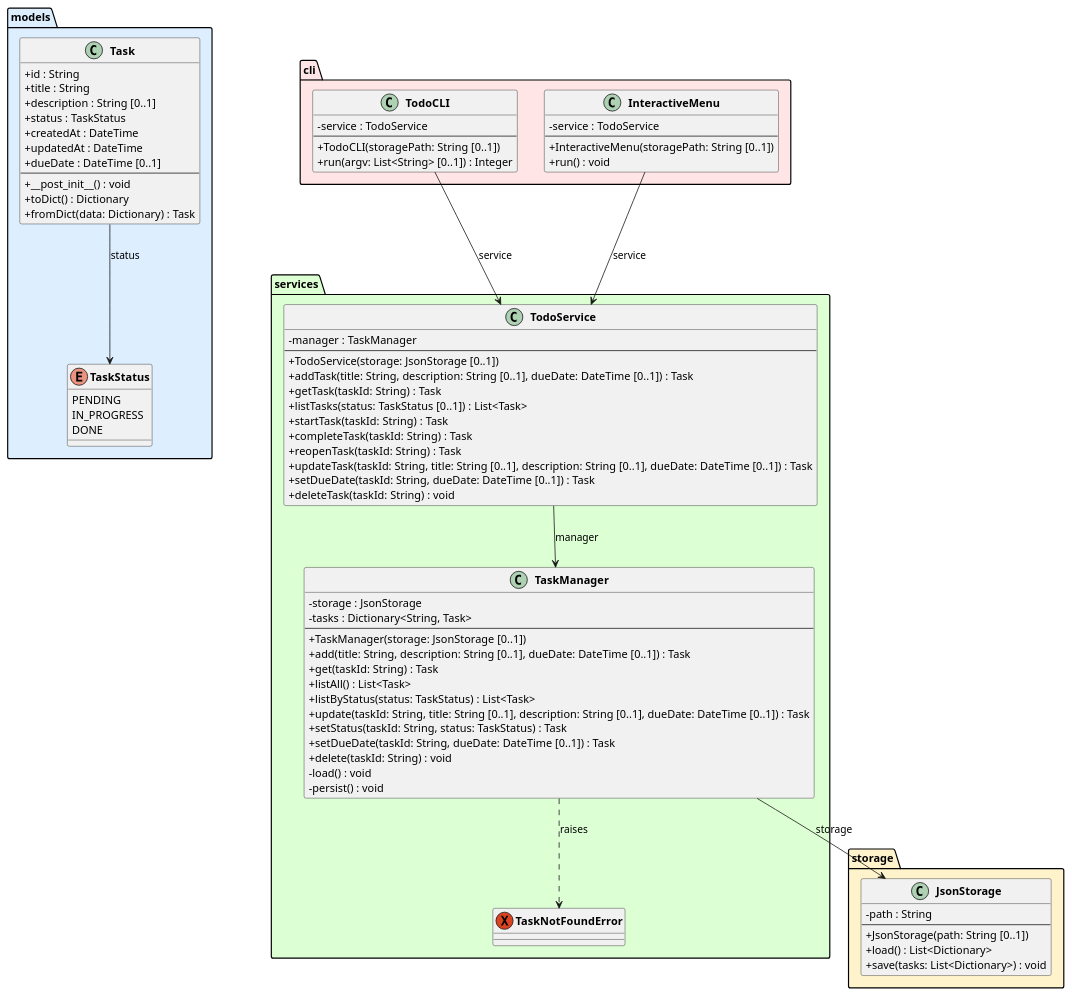
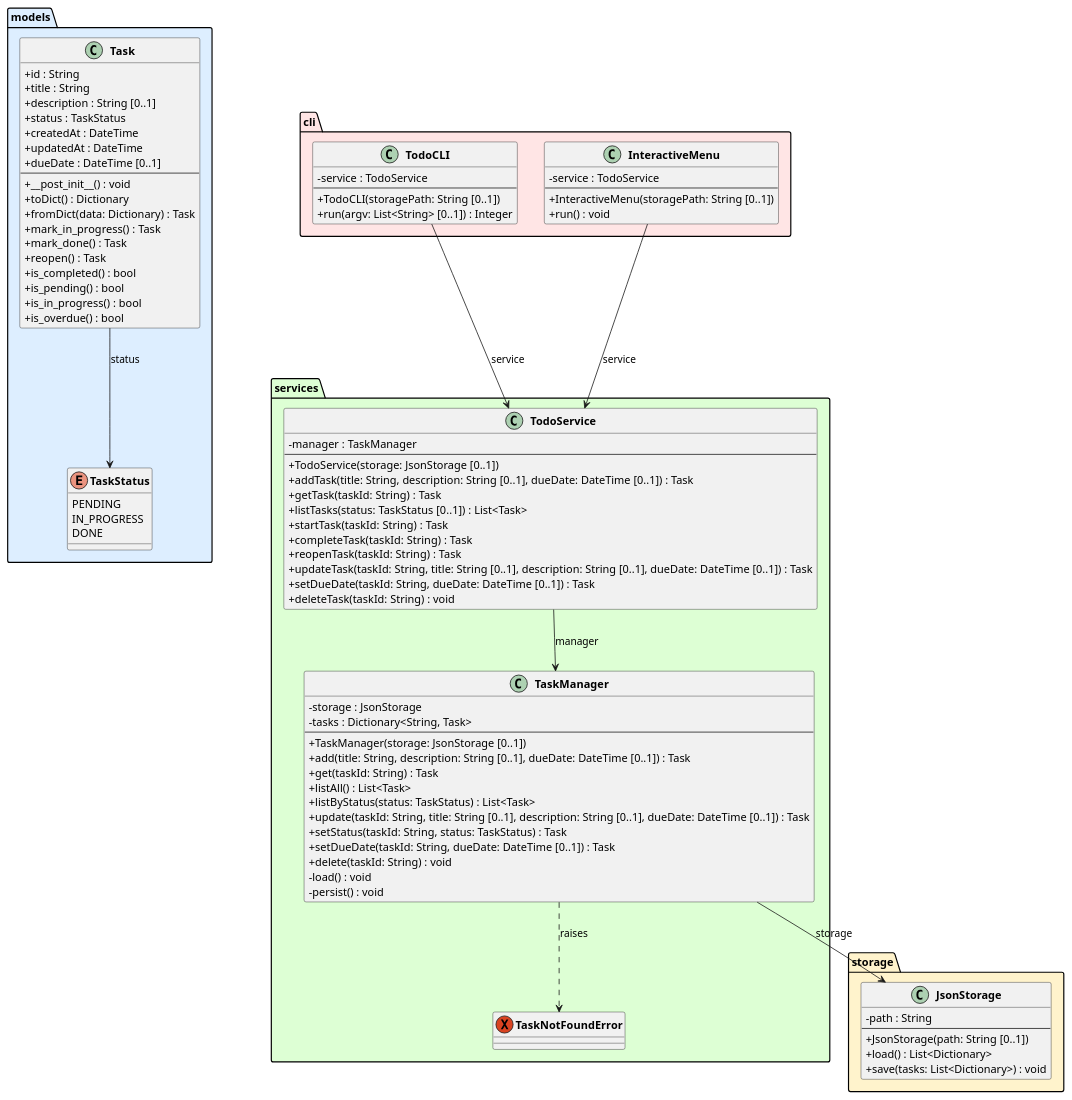
Before and after one commit to DanielRiha8906/Software_autoevolution_using_agents: the diagram in experiments/pipeline/user_stories/TODO/artifacts/class_diagram.puml, drawn with PlantUML. The commit also changed 4 other files, not shown here.

```diff
--- a/experiments/pipeline/user_stories/TODO/artifacts/class_diagram.puml
+++ b/experiments/pipeline/user_stories/TODO/artifacts/class_diagram.puml
@@ -1,97 +1,104 @@
 @startuml class_diagram
 
 skinparam classAttributeIconSize 0
 skinparam classFontStyle bold
 
 package "models" #DDEEFF {
     enum TaskStatus {
         PENDING
         IN_PROGRESS
         DONE
     }
 
     class Task {
         +id : String
         +title : String
         +description : String [0..1]
         +status : TaskStatus
         +createdAt : DateTime
         +updatedAt : DateTime
         +dueDate : DateTime [0..1]
         --
         +__post_init__() : void
         +toDict() : Dictionary
         +fromDict(data: Dictionary) : Task
+        +mark_in_progress() : Task
+        +mark_done() : Task
+        +reopen() : Task
+        +is_completed() : bool
+        +is_pending() : bool
+        +is_in_progress() : bool
+        +is_overdue() : bool
     }
 }
 
 package "storage" #FFF3CC {
     class JsonStorage {
         -path : String
         --
         +JsonStorage(path: String [0..1])
         +load() : List<Dictionary>
         +save(tasks: List<Dictionary>) : void
     }
 }
 
 package "services" #DDFFD4 {
     exception TaskNotFoundError
 
     class TaskManager {
         -storage : JsonStorage
         -tasks : Dictionary<String, Task>
         --
         +TaskManager(storage: JsonStorage [0..1])
         +add(title: String, description: String [0..1], dueDate: DateTime [0..1]) : Task
         +get(taskId: String) : Task
         +listAll() : List<Task>
         +listByStatus(status: TaskStatus) : List<Task>
         +update(taskId: String, title: String [0..1], description: String [0..1], dueDate: DateTime [0..1]) : Task
         +setStatus(taskId: String, status: TaskStatus) : Task
         +setDueDate(taskId: String, dueDate: DateTime [0..1]) : Task
         +delete(taskId: String) : void
         -load() : void
         -persist() : void
     }
 
     class TodoService {
         -manager : TaskManager
         --
         +TodoService(storage: JsonStorage [0..1])
         +addTask(title: String, description: String [0..1], dueDate: DateTime [0..1]) : Task
         +getTask(taskId: String) : Task
         +listTasks(status: TaskStatus [0..1]) : List<Task>
         +startTask(taskId: String) : Task
         +completeTask(taskId: String) : Task
         +reopenTask(taskId: String) : Task
         +updateTask(taskId: String, title: String [0..1], description: String [0..1], dueDate: DateTime [0..1]) : Task
         +setDueDate(taskId: String, dueDate: DateTime [0..1]) : Task
         +deleteTask(taskId: String) : void
     }
 }
 
 package "cli" #FFE5E5 {
     class TodoCLI {
         -service : TodoService
         --
         +TodoCLI(storagePath: String [0..1])
         +run(argv: List<String> [0..1]) : Integer
     }
 
     class InteractiveMenu {
         -service : TodoService
         --
         +InteractiveMenu(storagePath: String [0..1])
         +run() : void
     }
 }
 
 Task --> TaskStatus : status
 TaskManager --> JsonStorage : storage
 TaskManager ..> TaskNotFoundError : raises
 TodoService --> TaskManager : manager
 TodoCLI --> TodoService : service
 InteractiveMenu --> TodoService : service
 
 @enduml
```
